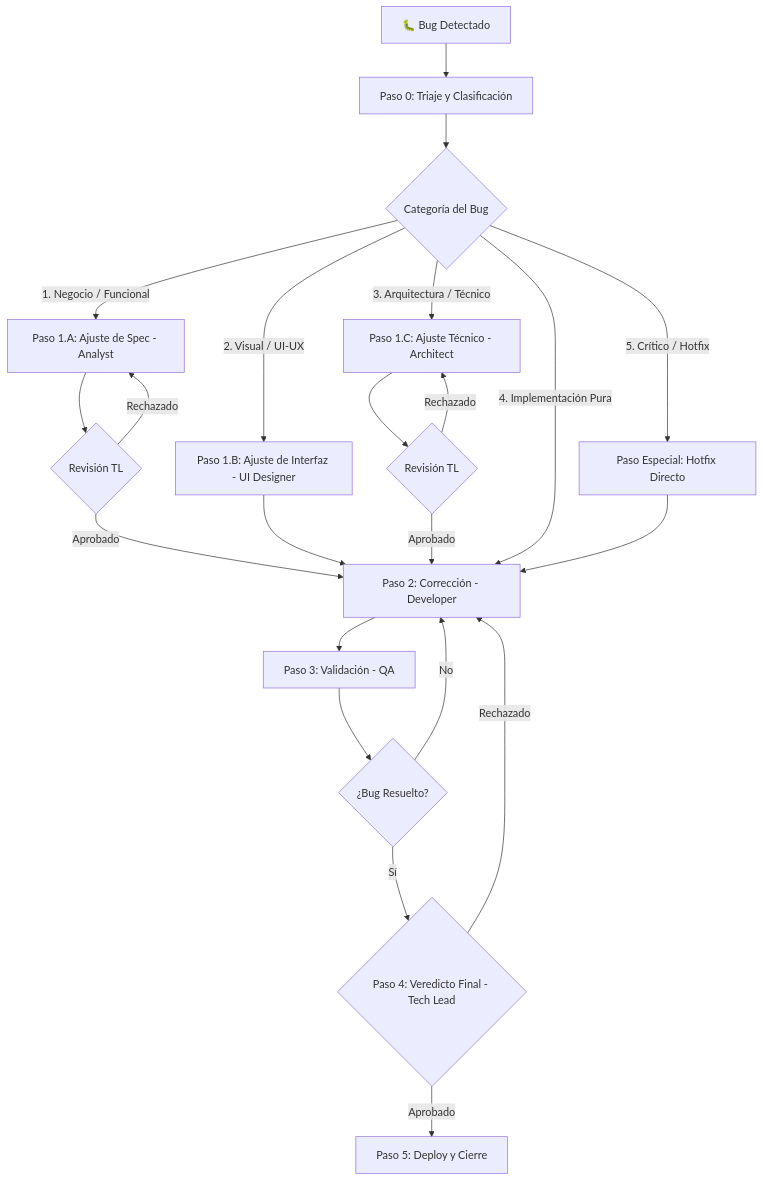
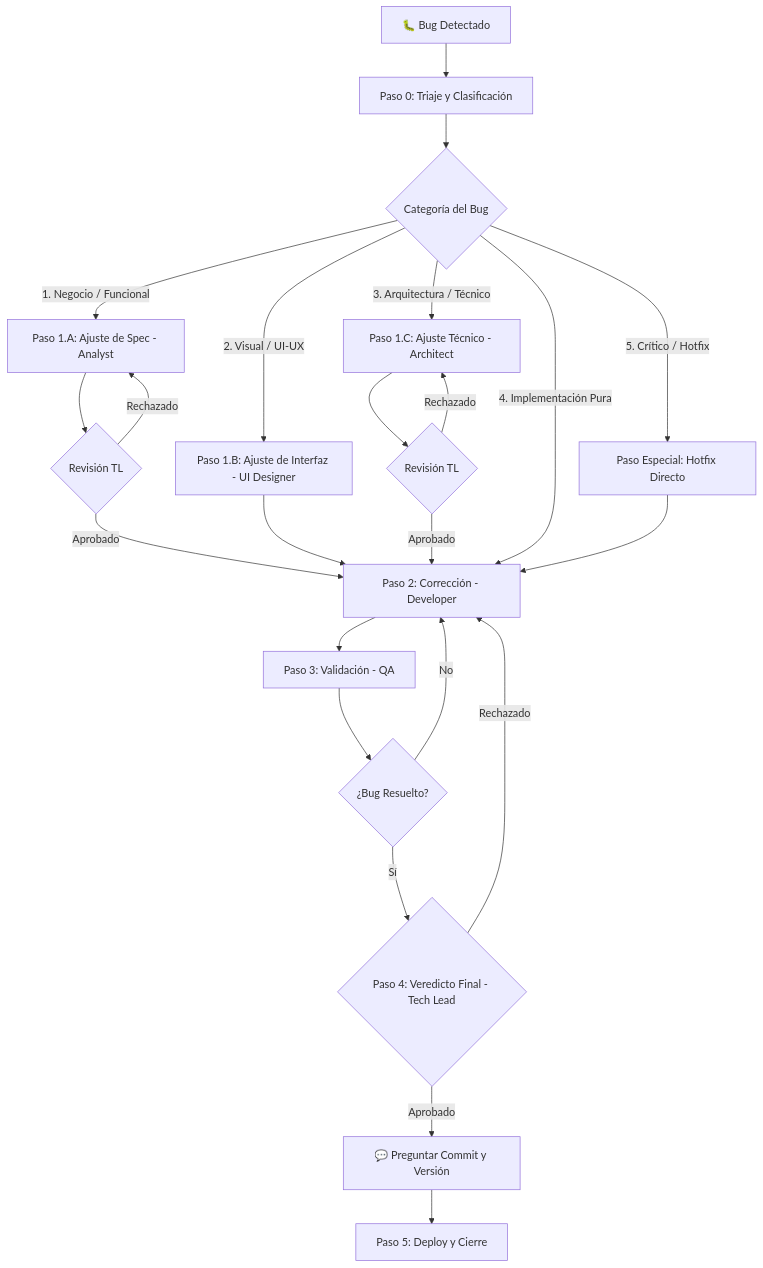
Before and after one commit to ezequielmendoza-dev/ai-agents: the diagram in workflows/bug-fix.md, drawn with Mermaid. The commit also changed other lines of this file and 4 other files, not shown here.

````diff
--- a/workflows/bug-fix.md
+++ b/workflows/bug-fix.md
@@ -17,32 +17,34 @@
 ```mermaid
 flowchart TD
     Start[🐛 Bug Detectado] --> Triaje[Paso 0: Triaje y Clasificación]
     
     Triaje --> Categorias{Categoría del Bug}
     
     Categorias -->|1. Negocio / Funcional| Spec[Paso 1.A: Ajuste de Spec - Analyst]
     Spec --> TL_Spec{Revisión TL}
     TL_Spec -->|Rechazado| Spec
     TL_Spec -->|Aprobado| Dev
     
     Categorias -->|2. Visual / UI-UX| UI[Paso 1.B: Ajuste de Interfaz - UI Designer]
     UI --> Dev
     
     Categorias -->|3. Arquitectura / Técnico| Tech[Paso 1.C: Ajuste Técnico - Architect]
     Tech --> TL_Arch{Revisión TL}
     TL_Arch -->|Rechazado| Tech
     TL_Arch -->|Aprobado| Dev
     
     Categorias -->|4. Implementación Pura| Dev[Paso 2: Corrección - Developer]
     
     Categorias -->|5. Crítico / Hotfix| Hot[Paso Especial: Hotfix Directo]
     Hot --> Dev
     
     Dev --> QA[Paso 3: Validación - QA]
     QA --> QA_Status{¿Bug Resuelto?}
     QA_Status -->|No| Dev
     QA_Status -->|Sí| TL_Final{Paso 4: Veredicto Final - Tech Lead}
     
-    TL_Final -->|Aprobado| Deploy[Paso 5: Deploy y Cierre]
+    TL_Final -->|Aprobado| Ask[💬 Preguntar Commit y Versión]
     TL_Final -->|Rechazado| Dev
+    
+    Ask --> Deploy[Paso 5: Deploy y Cierre]
 ```
````
